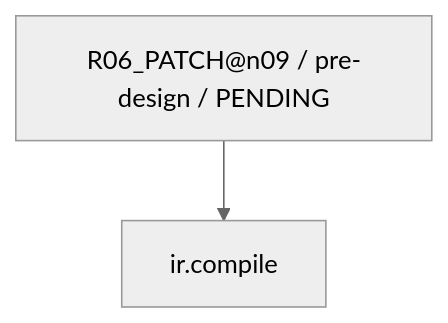
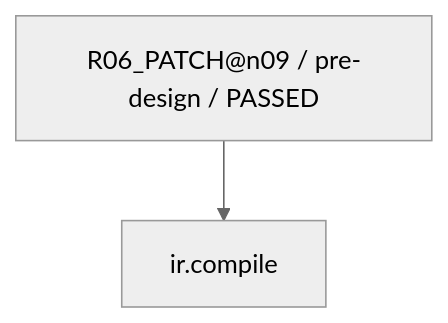
Before and after one commit to rrikunagasige-dot/kyotsu-step-web: the eighth of 30 diagrams in work/items/W-MATH-034-n09-n10-guided-design/generated/CAPABILITY_FIRE_DIAGRAM.md, drawn with Mermaid (neutral theme). The commit also changed other lines of this file and 38 other files, not shown here.

````diff
--- a/work/items/W-MATH-034-n09-n10-guided-design/generated/CAPABILITY_FIRE_DIAGRAM.md
+++ b/work/items/W-MATH-034-n09-n10-guided-design/generated/CAPABILITY_FIRE_DIAGRAM.md
@@ -128,6 +128,6 @@
 ```mermaid
 flowchart TD
-  N0["R06_PATCH@n09 / pre-design / PENDING"]
+  N0["R06_PATCH@n09 / pre-design / PASSED"]
   N1["ir.compile"]
   N0 --> N1
 ```
````
